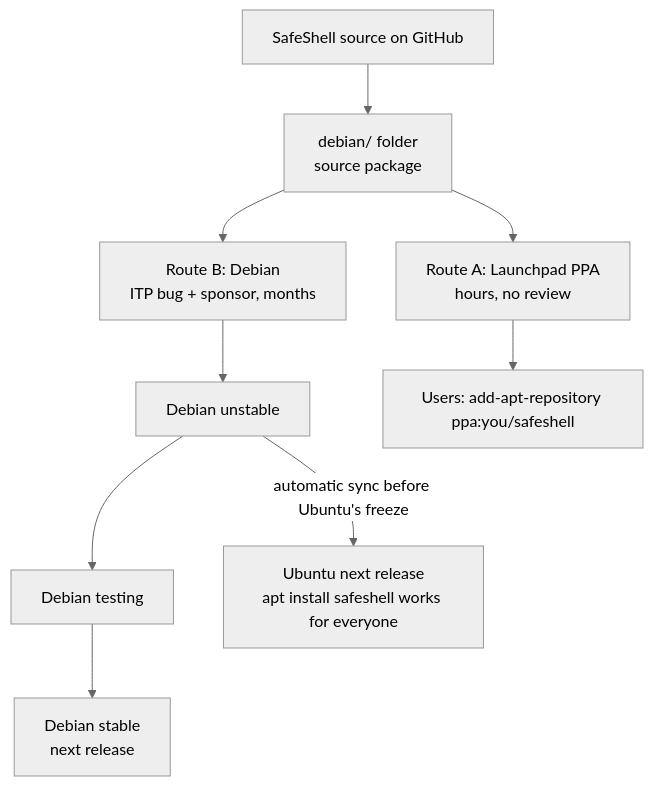
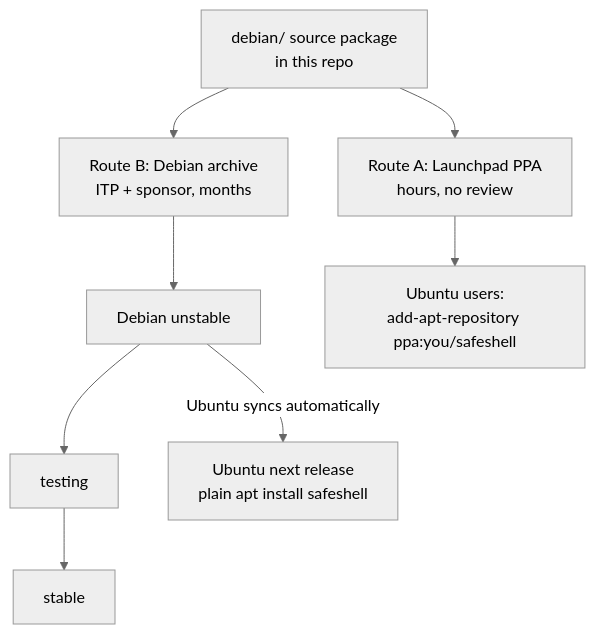
Before and after one commit to ShahadatTest/safeshell: the first of 2 diagrams in doc/debian-ubuntu.md, drawn with Mermaid (neutral theme). The commit also changed other lines of this file and 244 other files, not shown here.

Commit message:
feat(packaging): rename command to safeshell, module at repo root, debian/ source package, open-source README

````diff
--- a/doc/debian-ubuntu.md
+++ b/doc/debian-ubuntu.md
@@ -10,11 +7,8 @@
 ```mermaid
 flowchart TD
-    S[SafeShell source on GitHub] --> D[debian/ folder<br/>source package]
-    D --> PPA[Route A: Launchpad PPA<br/>hours, no review]
-    D --> DEB[Route B: Debian<br/>ITP bug + sponsor, months]
-    DEB --> UNS[Debian unstable]
-    UNS --> TST[Debian testing]
-    TST --> STB[Debian stable<br/>next release]
-    UNS -->|automatic sync before Ubuntu's freeze| UBU[Ubuntu next release<br/>apt install safeshell works for everyone]
-    PPA --> USR[Users: add-apt-repository ppa:you/safeshell]
+    S[debian/ source package<br/>in this repo] --> PPA[Route A: Launchpad PPA<br/>hours, no review]
+    S --> D[Route B: Debian archive<br/>ITP + sponsor, months]
+    D --> U[Debian unstable] --> T[testing] --> ST[stable]
+    U -->|Ubuntu syncs automatically| UB[Ubuntu next release<br/>plain apt install safeshell]
+    PPA --> UP[Ubuntu users:<br/>add-apt-repository ppa:you/safeshell]
 ```
````
